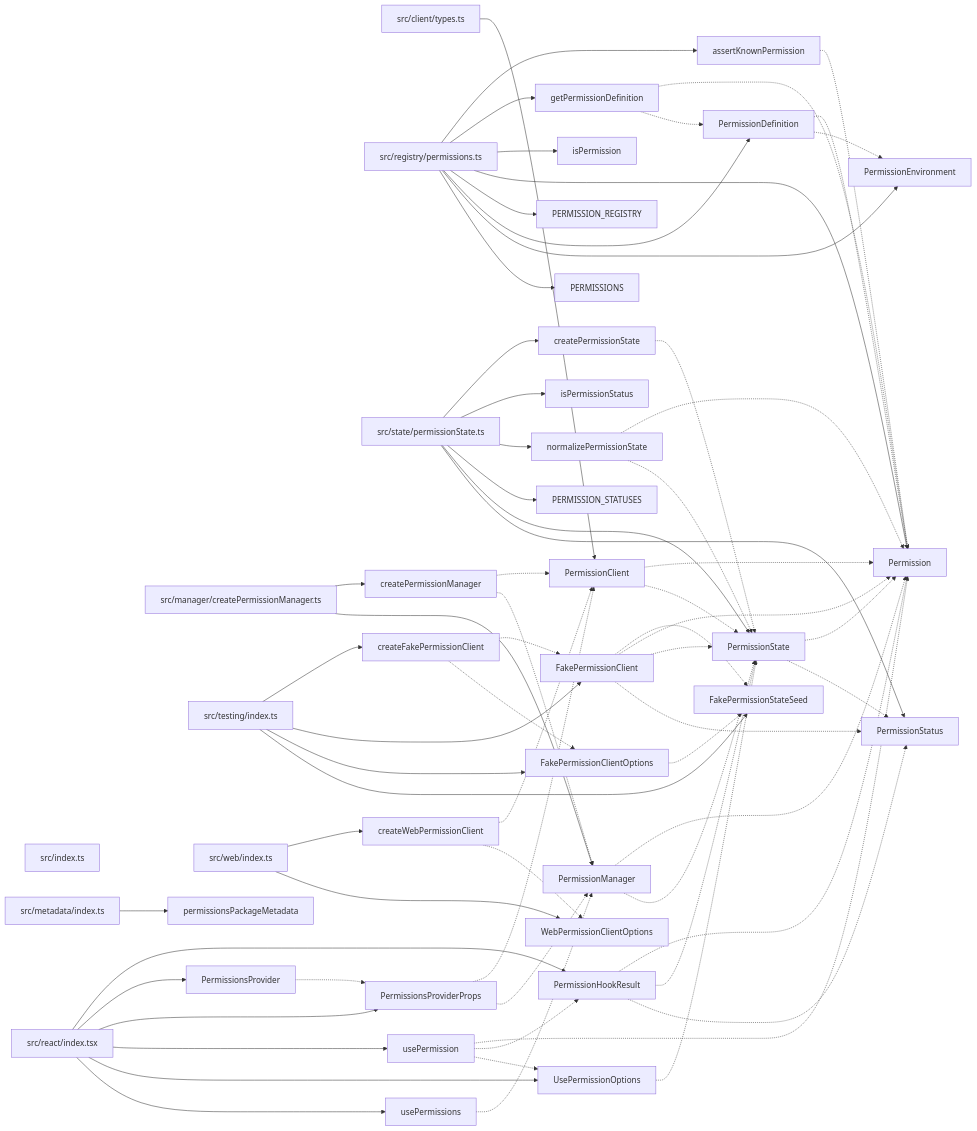
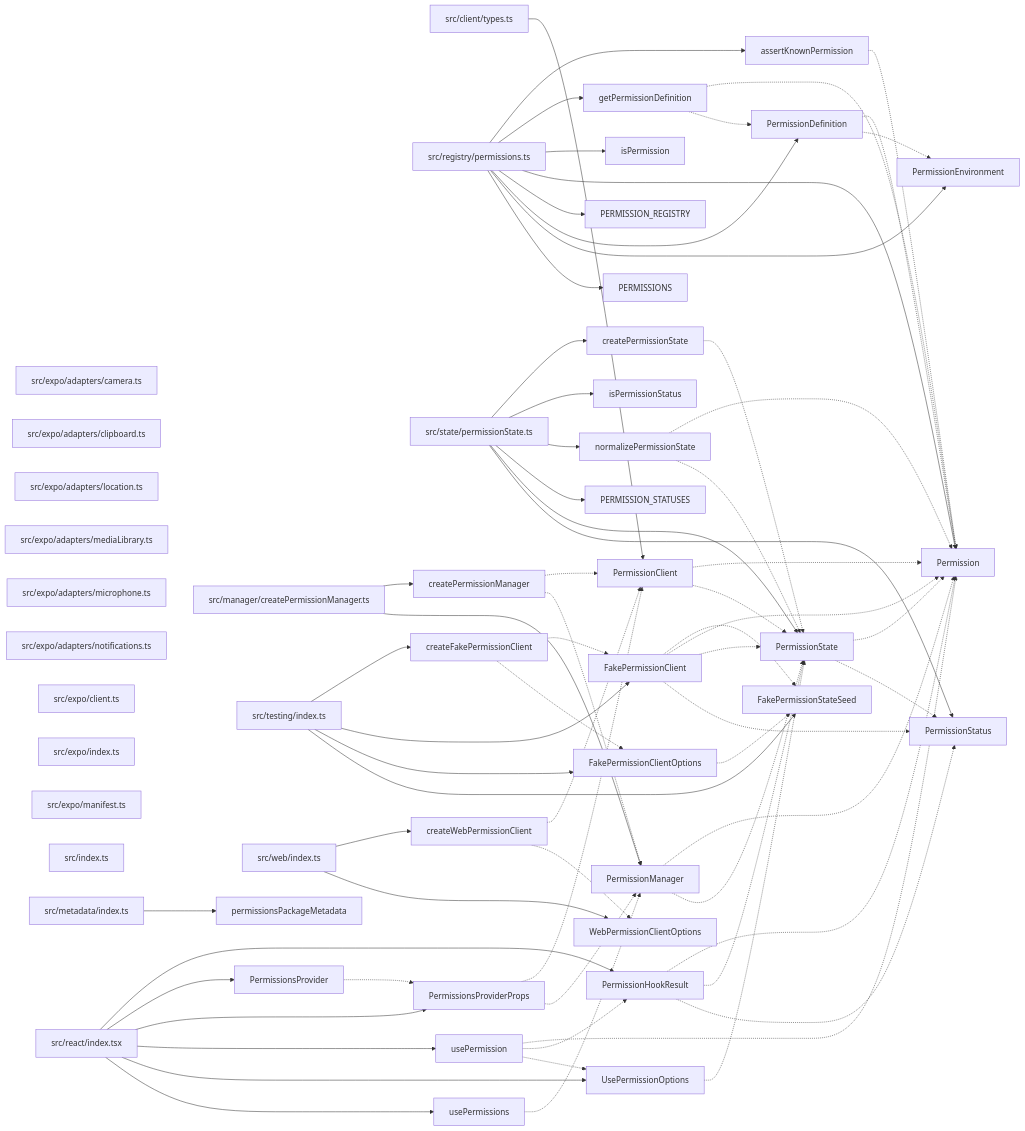
Before and after one commit to ankhorage/permissions: the diagram in paradox/diagrams/export-graph.mmd, drawn with Mermaid. The commit also changed 8 other files, not shown here.

```diff
--- a/paradox/diagrams/export-graph.mmd
+++ b/paradox/diagrams/export-graph.mmd
@@ -1,106 +1,115 @@
 graph LR
   module_src_client_types_ts["src/client/types.ts"]
+  module_src_expo_adapters_camera_ts["src/expo/adapters/camera.ts"]
+  module_src_expo_adapters_clipboard_ts["src/expo/adapters/clipboard.ts"]
+  module_src_expo_adapters_location_ts["src/expo/adapters/location.ts"]
+  module_src_expo_adapters_mediaLibrary_ts["src/expo/adapters/mediaLibrary.ts"]
+  module_src_expo_adapters_microphone_ts["src/expo/adapters/microphone.ts"]
+  module_src_expo_adapters_notifications_ts["src/expo/adapters/notifications.ts"]
+  module_src_expo_client_ts["src/expo/client.ts"]
+  module_src_expo_index_ts["src/expo/index.ts"]
+  module_src_expo_manifest_ts["src/expo/manifest.ts"]
   module_src_index_ts["src/index.ts"]
   module_src_manager_createPermissionManager_ts["src/manager/createPermissionManager.ts"]
   module_src_metadata_index_ts["src/metadata/index.ts"]
   module_src_react_index_tsx["src/react/index.tsx"]
   module_src_registry_permissions_ts["src/registry/permissions.ts"]
   module_src_state_permissionState_ts["src/state/permissionState.ts"]
   module_src_testing_index_ts["src/testing/index.ts"]
   module_src_web_index_ts["src/web/index.ts"]
   export_assertKnownPermission["assertKnownPermission"]
   module_src_registry_permissions_ts --> export_assertKnownPermission
   export_assertKnownPermission -.-> export_Permission
   export_createFakePermissionClient["createFakePermissionClient"]
   module_src_testing_index_ts --> export_createFakePermissionClient
   export_createFakePermissionClient -.-> export_FakePermissionClient
   export_createFakePermissionClient -.-> export_FakePermissionClientOptions
   export_createPermissionManager["createPermissionManager"]
   module_src_manager_createPermissionManager_ts --> export_createPermissionManager
   export_createPermissionManager -.-> export_PermissionClient
   export_createPermissionManager -.-> export_PermissionManager
   export_createPermissionState["createPermissionState"]
   module_src_state_permissionState_ts --> export_createPermissionState
   export_createPermissionState -.-> export_PermissionState
   export_createWebPermissionClient["createWebPermissionClient"]
   module_src_web_index_ts --> export_createWebPermissionClient
   export_createWebPermissionClient -.-> export_PermissionClient
   export_createWebPermissionClient -.-> export_WebPermissionClientOptions
   export_FakePermissionClient["FakePermissionClient"]
   module_src_testing_index_ts --> export_FakePermissionClient
   export_FakePermissionClient -.-> export_FakePermissionStateSeed
   export_FakePermissionClient -.-> export_Permission
   export_FakePermissionClient -.-> export_PermissionState
   export_FakePermissionClient -.-> export_PermissionStatus
   export_FakePermissionClientOptions["FakePermissionClientOptions"]
   module_src_testing_index_ts --> export_FakePermissionClientOptions
   export_FakePermissionClientOptions -.-> export_FakePermissionStateSeed
   export_FakePermissionStateSeed["FakePermissionStateSeed"]
   module_src_testing_index_ts --> export_FakePermissionStateSeed
   export_getPermissionDefinition["getPermissionDefinition"]
   module_src_registry_permissions_ts --> export_getPermissionDefinition
   export_getPermissionDefinition -.-> export_Permission
   export_getPermissionDefinition -.-> export_PermissionDefinition
   export_isPermission["isPermission"]
   module_src_registry_permissions_ts --> export_isPermission
   export_isPermissionStatus["isPermissionStatus"]
   module_src_state_permissionState_ts --> export_isPermissionStatus
   export_normalizePermissionState["normalizePermissionState"]
   module_src_state_permissionState_ts --> export_normalizePermissionState
   export_normalizePermissionState -.-> export_Permission
   export_normalizePermissionState -.-> export_PermissionState
   export_Permission["Permission"]
   module_src_registry_permissions_ts --> export_Permission
   export_PERMISSION_REGISTRY["PERMISSION_REGISTRY"]
   module_src_registry_permissions_ts --> export_PERMISSION_REGISTRY
   export_PERMISSION_STATUSES["PERMISSION_STATUSES"]
   module_src_state_permissionState_ts --> export_PERMISSION_STATUSES
   export_PermissionClient["PermissionClient"]
   module_src_client_types_ts --> export_PermissionClient
   export_PermissionClient -.-> export_Permission
   export_PermissionClient -.-> export_PermissionState
   export_PermissionDefinition["PermissionDefinition"]
   module_src_registry_permissions_ts --> export_PermissionDefinition
   export_PermissionDefinition -.-> export_Permission
   export_PermissionDefinition -.-> export_PermissionEnvironment
   export_PermissionEnvironment["PermissionEnvironment"]
   module_src_registry_permissions_ts --> export_PermissionEnvironment
   export_PermissionHookResult["PermissionHookResult"]
   module_src_react_index_tsx --> export_PermissionHookResult
   export_PermissionHookResult -.-> export_Permission
   export_PermissionHookResult -.-> export_PermissionState
   export_PermissionHookResult -.-> export_PermissionStatus
   export_PermissionManager["PermissionManager"]
   module_src_manager_createPermissionManager_ts --> export_PermissionManager
   export_PermissionManager -.-> export_Permission
   export_PermissionManager -.-> export_PermissionState
   export_PERMISSIONS["PERMISSIONS"]
   module_src_registry_permissions_ts --> export_PERMISSIONS
   export_permissionsPackageMetadata["permissionsPackageMetadata"]
   module_src_metadata_index_ts --> export_permissionsPackageMetadata
   export_PermissionsProvider["PermissionsProvider"]
   module_src_react_index_tsx --> export_PermissionsProvider
   export_PermissionsProvider -.-> export_PermissionsProviderProps
   export_PermissionsProviderProps["PermissionsProviderProps"]
   module_src_react_index_tsx --> export_PermissionsProviderProps
   export_PermissionsProviderProps -.-> export_PermissionClient
   export_PermissionsProviderProps -.-> export_PermissionManager
   export_PermissionState["PermissionState"]
   module_src_state_permissionState_ts --> export_PermissionState
   export_PermissionState -.-> export_Permission
   export_PermissionState -.-> export_PermissionStatus
   export_PermissionStatus["PermissionStatus"]
   module_src_state_permissionState_ts --> export_PermissionStatus
   export_usePermission["usePermission"]
   module_src_react_index_tsx --> export_usePermission
   export_usePermission -.-> export_Permission
   export_usePermission -.-> export_PermissionHookResult
   export_usePermission -.-> export_UsePermissionOptions
   export_UsePermissionOptions["UsePermissionOptions"]
   module_src_react_index_tsx --> export_UsePermissionOptions
   export_UsePermissionOptions -.-> export_PermissionState
   export_usePermissions["usePermissions"]
   module_src_react_index_tsx --> export_usePermissions
   export_usePermissions -.-> export_PermissionManager
   export_WebPermissionClientOptions["WebPermissionClientOptions"]
   module_src_web_index_ts --> export_WebPermissionClientOptions
```
